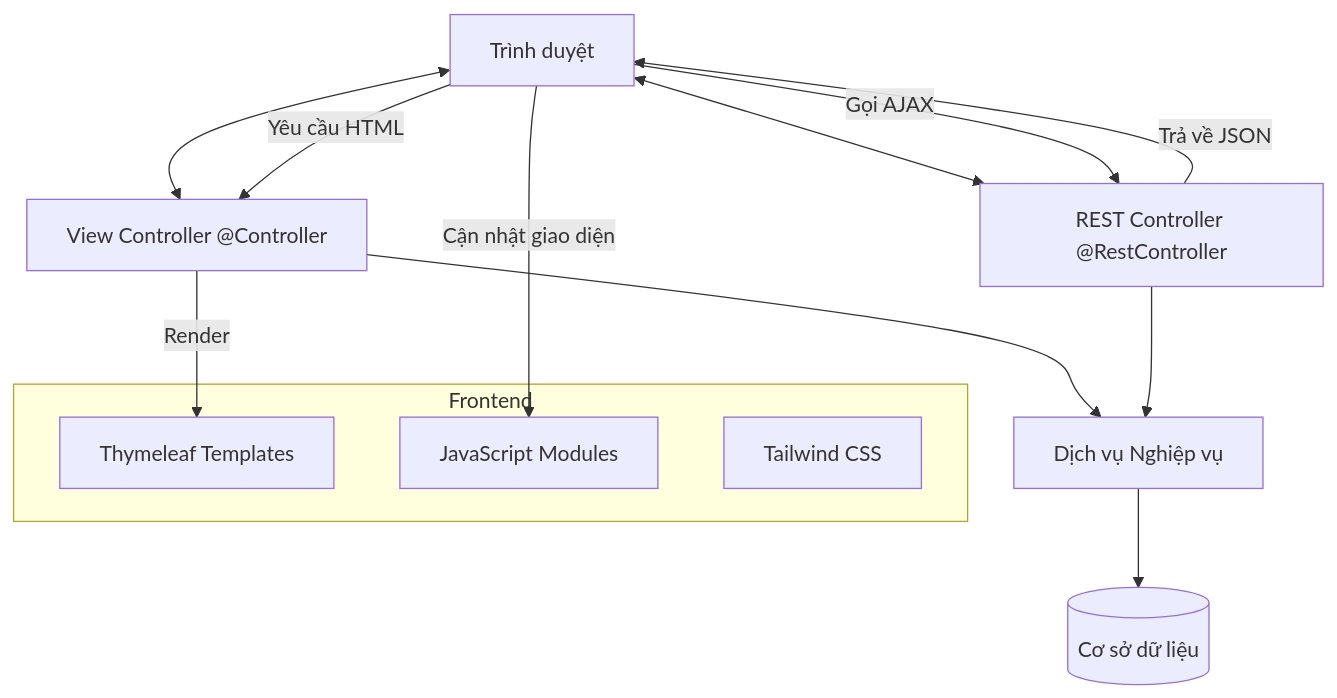
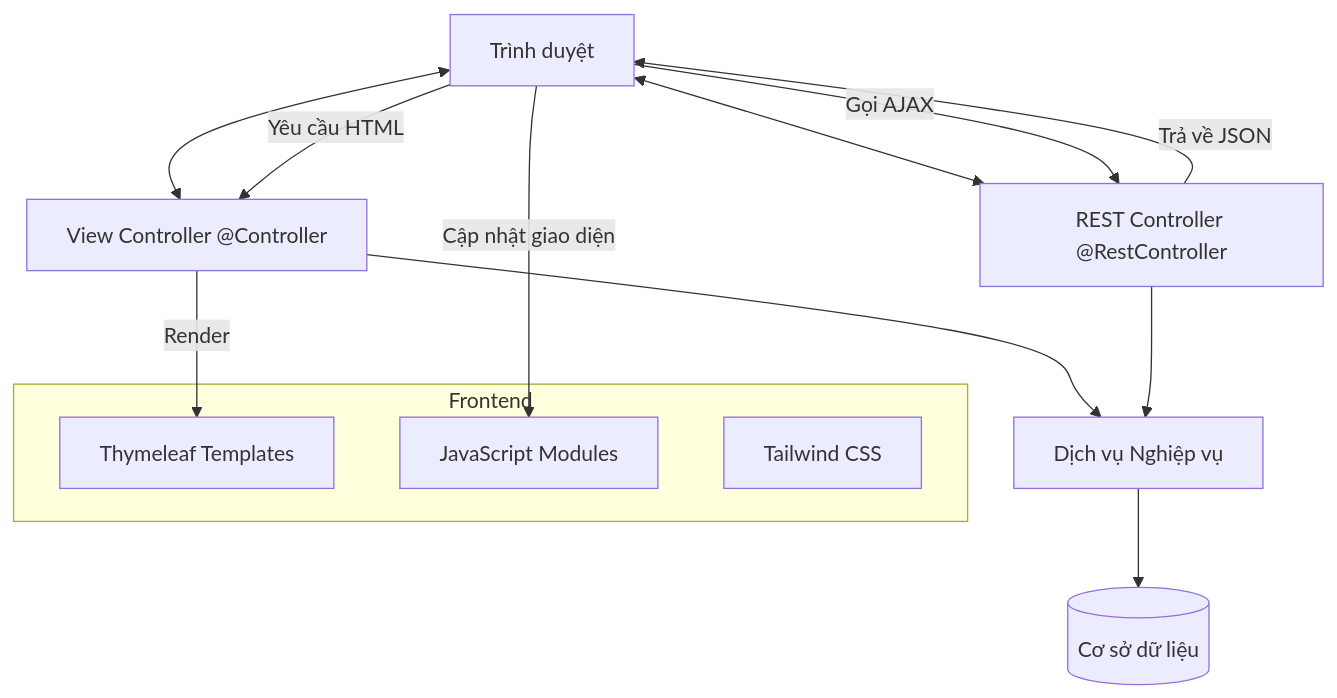
The diagram in FRONTEND_PLAN.md (Peterdir/fashion-store-system), drawn with Mermaid before and after one commit. The commit also changed other lines of this file and 6 other files, not shown here.

````diff
--- a/FRONTEND_PLAN.md
+++ b/FRONTEND_PLAN.md
@@ -11,20 +11,20 @@
 ```mermaid
 graph TD
     Client[Trình duyệt] <--> Controller[View Controller @Controller]
     Client <--> API[REST Controller @RestController]
     Controller --> Service[Dịch vụ Nghiệp vụ]
     API --> Service
     Service --> DB[(Cơ sở dữ liệu)]
     
     subgraph Frontend
         Thymeleaf[Thymeleaf Templates]
         JS[JavaScript Modules]
         Tailwind[Tailwind CSS]
     end
     
     Client -- Yêu cầu HTML --> Controller
     Controller -- Render --> Thymeleaf
     Client -- Gọi AJAX --> API
     API -- Trả về JSON --> Client
-    Client -- Cận nhật giao diện --> JS
+    Client -- Cập nhật giao diện --> JS
 ```
````
